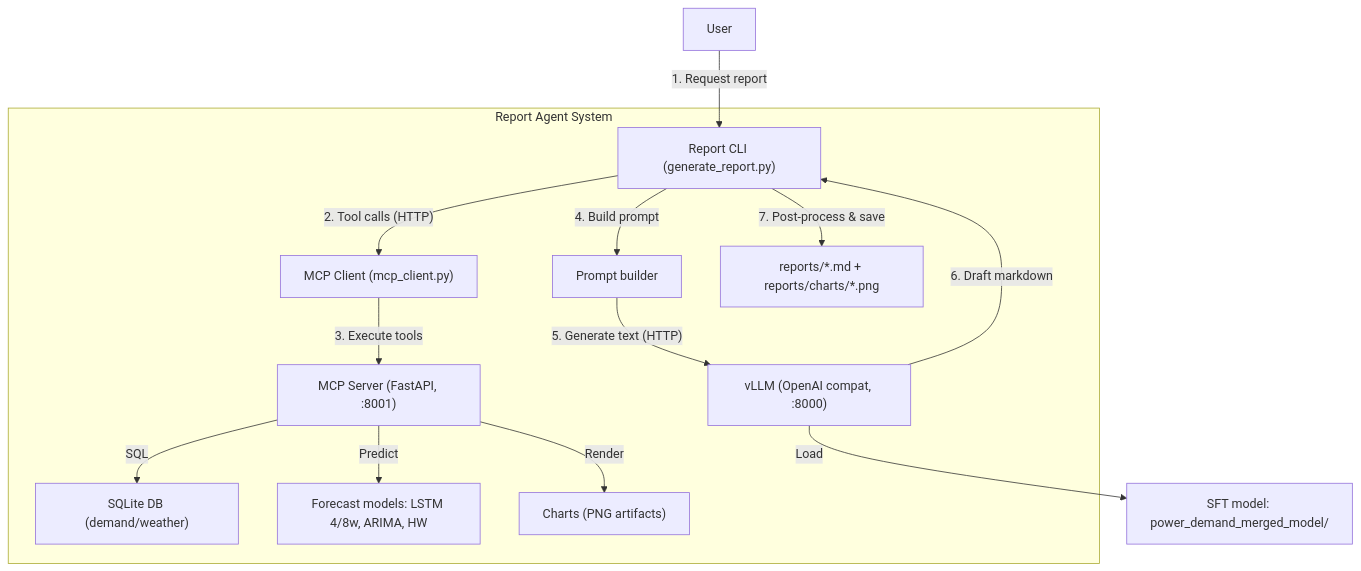
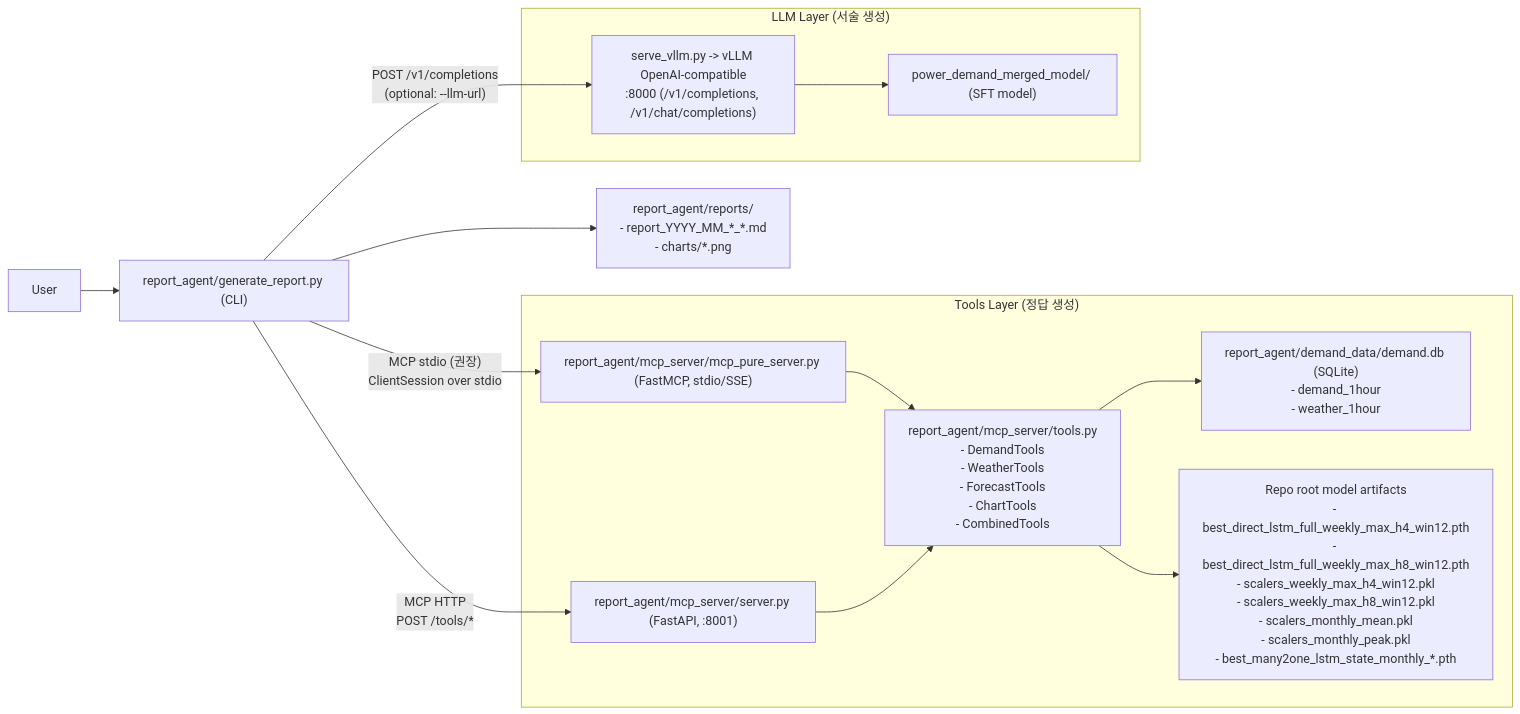
The first of 2 diagrams in report_agent/README.md (zongseung/De-Qwen-SFT), drawn with Mermaid before and after one commit. The commit also changed other lines of this file, not shown here.

````diff
--- a/report_agent/README.md
+++ b/report_agent/README.md
@@ -25,21 +21,30 @@
 ```mermaid
-graph TD
-  User["User"] -->|"1. Request report"| CLI["Report CLI (generate_report.py)"]
+flowchart LR
+  User[User] --> CLI["report_agent/generate_report.py (CLI)"]
 
-  subgraph "Report Agent System"
-    CLI -->|"2. Tool calls (HTTP)"| MCPClient["MCP Client (mcp_client.py)"]
-    MCPClient -->|"3. Execute tools"| MCPServer["MCP Server (FastAPI, :8001)"]
-
-    MCPServer -->|"SQL"| DB["SQLite DB (demand/weather)"]
-    MCPServer -->|"Predict"| Forecast["Forecast models: LSTM 4/8w, ARIMA, HW"]
-    MCPServer -->|"Render"| Charts["Charts (PNG artifacts)"]
-
-    CLI -->|"4. Build prompt"| Prompt["Prompt builder"]
-    Prompt -->|"5. Generate text (HTTP)"| vLLM["vLLM (OpenAI compat, :8000)"]
-    vLLM -->|"6. Draft markdown"| CLI
-
-    CLI -->|"7. Post-process & save"| Output["reports/*.md + reports/charts/*.png"]
+  subgraph ToolsLayer["Tools Layer (정답 생성)"]
+    MCP_HTTP["report_agent/mcp_server/server.py (FastAPI, :8001)"]
+    MCP_PURE["report_agent/mcp_server/mcp_pure_server.py (FastMCP, stdio/SSE)"]
+    Tools["report_agent/mcp_server/tools.py\n- DemandTools\n- WeatherTools\n- ForecastTools\n- ChartTools\n- CombinedTools"]
+    DB["report_agent/demand_data/demand.db (SQLite)\n- demand_1hour\n- weather_1hour"]
+    Models["Repo root model artifacts\n- best_direct_lstm_full_weekly_max_h4_win12.pth\n- best_direct_lstm_full_weekly_max_h8_win12.pth\n- scalers_weekly_max_h4_win12.pkl\n- scalers_weekly_max_h8_win12.pkl\n- scalers_monthly_mean.pkl\n- scalers_monthly_peak.pkl\n- best_many2one_lstm_state_monthly_*.pth"]
   end
 
-  vLLM -->|"Load"| SFT["SFT model: power_demand_merged_model/"]
+  subgraph LLM["LLM Layer (서술 생성)"]
+    vLLM["serve_vllm.py -> vLLM OpenAI-compatible\n:8000 (/v1/completions, /v1/chat/completions)"]
+    SFT["power_demand_merged_model/ (SFT model)"]
+  end
+
+  CLI -- "MCP stdio (권장)\nClientSession over stdio" --> MCP_PURE
+  CLI -- "MCP HTTP\nPOST /tools/*" --> MCP_HTTP
+
+  MCP_PURE --> Tools
+  MCP_HTTP --> Tools
+  Tools --> DB
+  Tools --> Models
+
+  CLI -- "POST /v1/completions\n(optional: --llm-url)" --> vLLM
+  vLLM --> SFT
+
+  CLI --> Output["report_agent/reports/\n- report_YYYY_MM_*_*.md\n- charts/*.png"]
 ```
````
